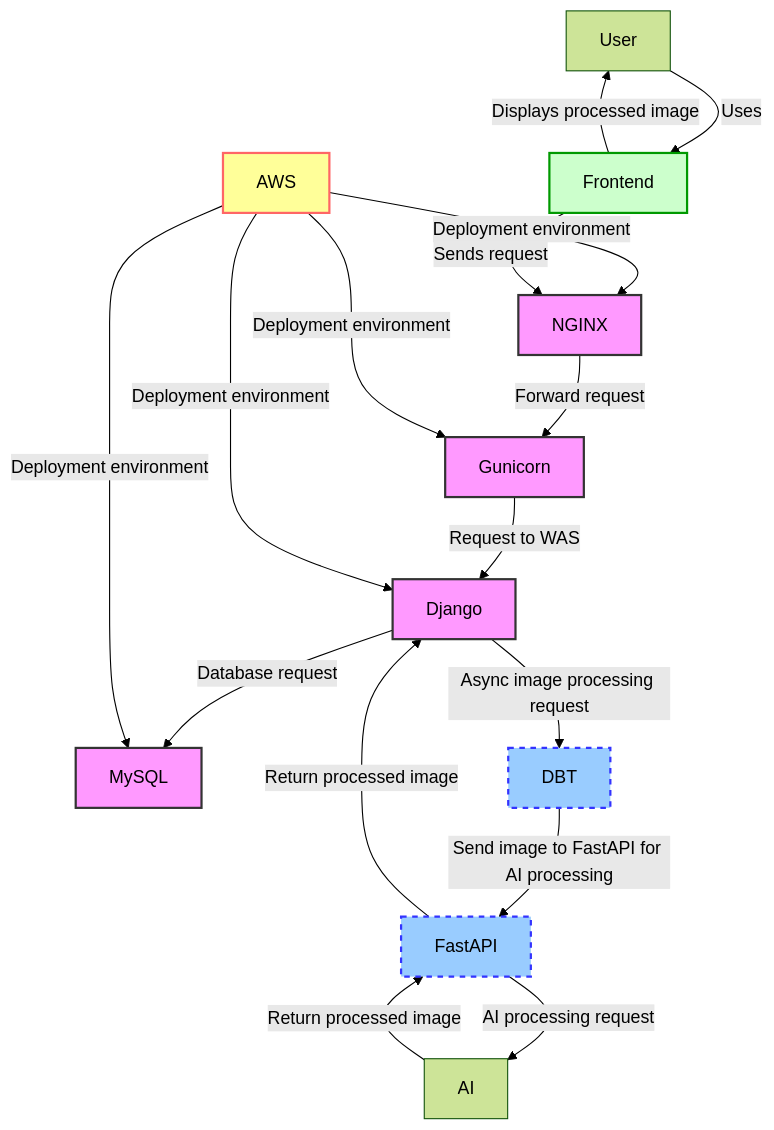
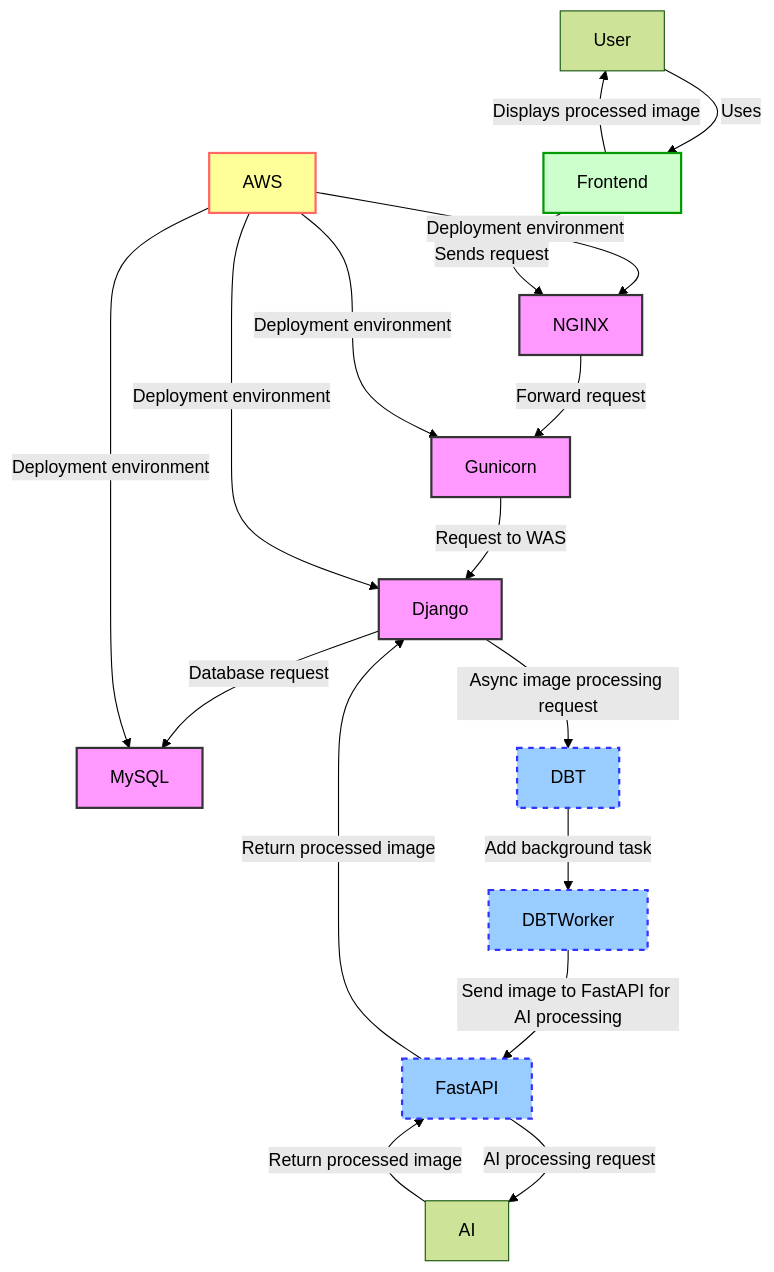
Before and after one commit to 0-CDOE/django_server: the third of 13 diagrams in README.md, drawn with Mermaid (forest theme). The commit also changed other lines of this file and 4 other files, not shown here.

````diff
--- a/README.md
+++ b/README.md
@@ -436,33 +436,34 @@
 ```mermaid
 graph TD
 
     NGINX -->|Forward request| Gunicorn
     Gunicorn -->|Request to WAS| Django
     Django -->|Database request| MySQL
 
     Django -->|Async image processing request| DBT
-    DBT -->|Send image to FastAPI for AI processing| FastAPI
+    DBT -->|Add background task| DBTWorker
+    DBTWorker -->|Send image to FastAPI for AI processing| FastAPI
     FastAPI -->|AI processing request| AI
     AI -->|Return processed image| FastAPI
     FastAPI -->|Return processed image| Django
 
     AWS -->|Deployment environment| NGINX
     AWS -->|Deployment environment| Gunicorn
     AWS -->|Deployment environment| Django
     AWS -->|Deployment environment| MySQL
 
     User -->|Uses| Frontend
     Frontend -->|Sends request| NGINX
     Frontend -->|Displays processed image| User
 
     classDef server fill:#f9f,stroke:#333,stroke-width:2px
     classDef async fill:#9cf,stroke:#33f,stroke-width:2px,stroke-dasharray: 5, 5
     classDef cloud fill:#ff9,stroke:#f66,stroke-width:2px
     classDef frontend fill:#cfc,stroke:#090,stroke-width:2px
 
     class NGINX,Gunicorn,Django,MySQL server
-    class DBT,FastAPI async
+    class DBT,FastAPI,DBTWorker async
     class AWS cloud
     class Frontend frontend
-    
+
 ```
````
